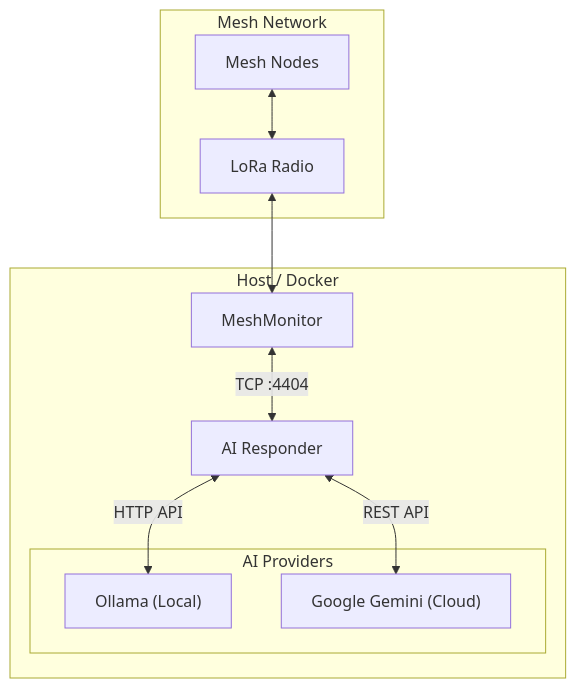
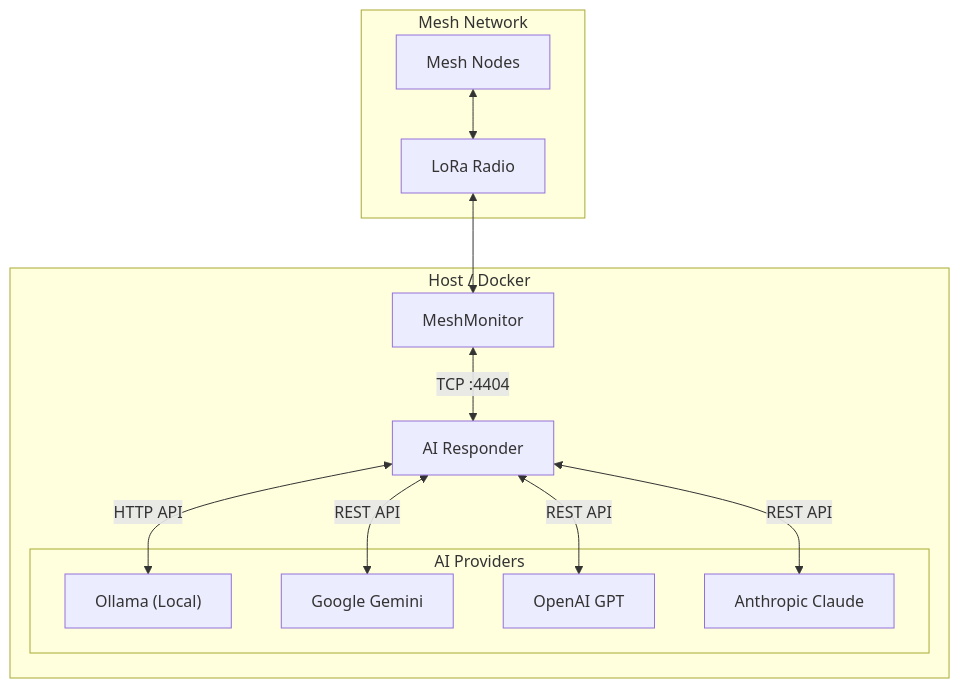
One commit to LN4CY/ai-responder changed the first of 2 diagrams in ARCHITECTURE.md. Above: the diagram before and after it, drawn with Mermaid. The commit also changed other lines of this file, not shown here.

Commit message:
docs: update architecture diagram with new providers

````diff
--- a/ARCHITECTURE.md
+++ b/ARCHITECTURE.md
@@ -7,23 +7,27 @@
 ```mermaid
 graph TD
     subgraph Mesh Network
         Radio[LoRa Radio]
         Nodes[Mesh Nodes]
     end
 
     subgraph Host / Docker
         MM[MeshMonitor]
         AI[AI Responder]
         
         subgraph AI Providers
             Ollama["Ollama (Local)"]
-            Gemini["Google Gemini (Cloud)"]
+            Gemini["Google Gemini"]
+            OpenAI["OpenAI GPT"]
+            Claude["Anthropic Claude"]
         end
     end
 
     Radio <--> MM
     MM <-->|TCP :4404| AI
     AI <-->|HTTP API| Ollama
     AI <-->|REST API| Gemini
+    AI <-->|REST API| OpenAI
+    AI <-->|REST API| Claude
     Nodes <--> Radio
 ```
````
